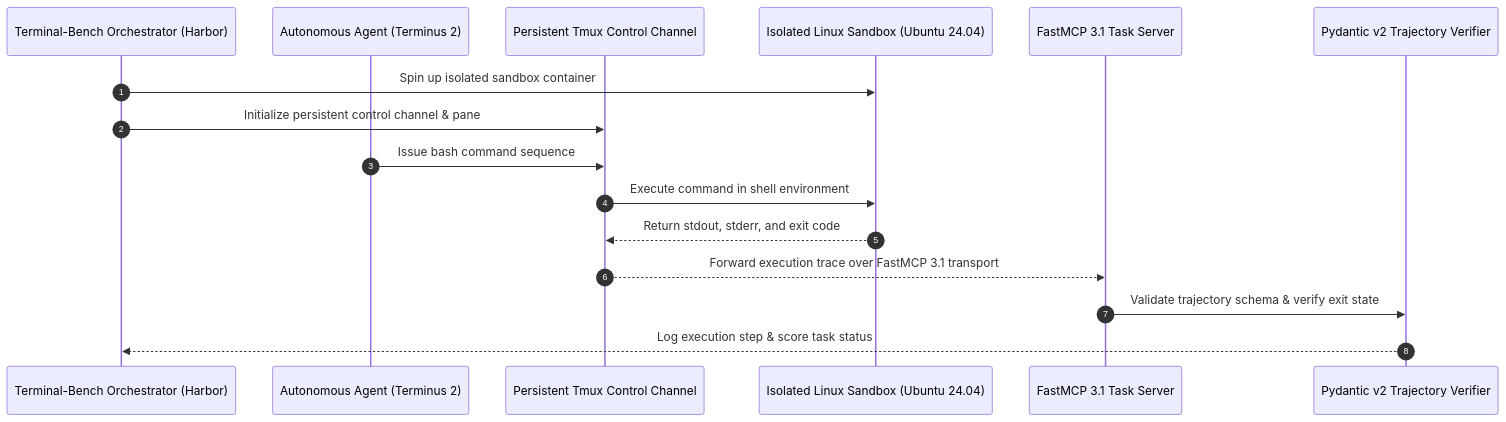
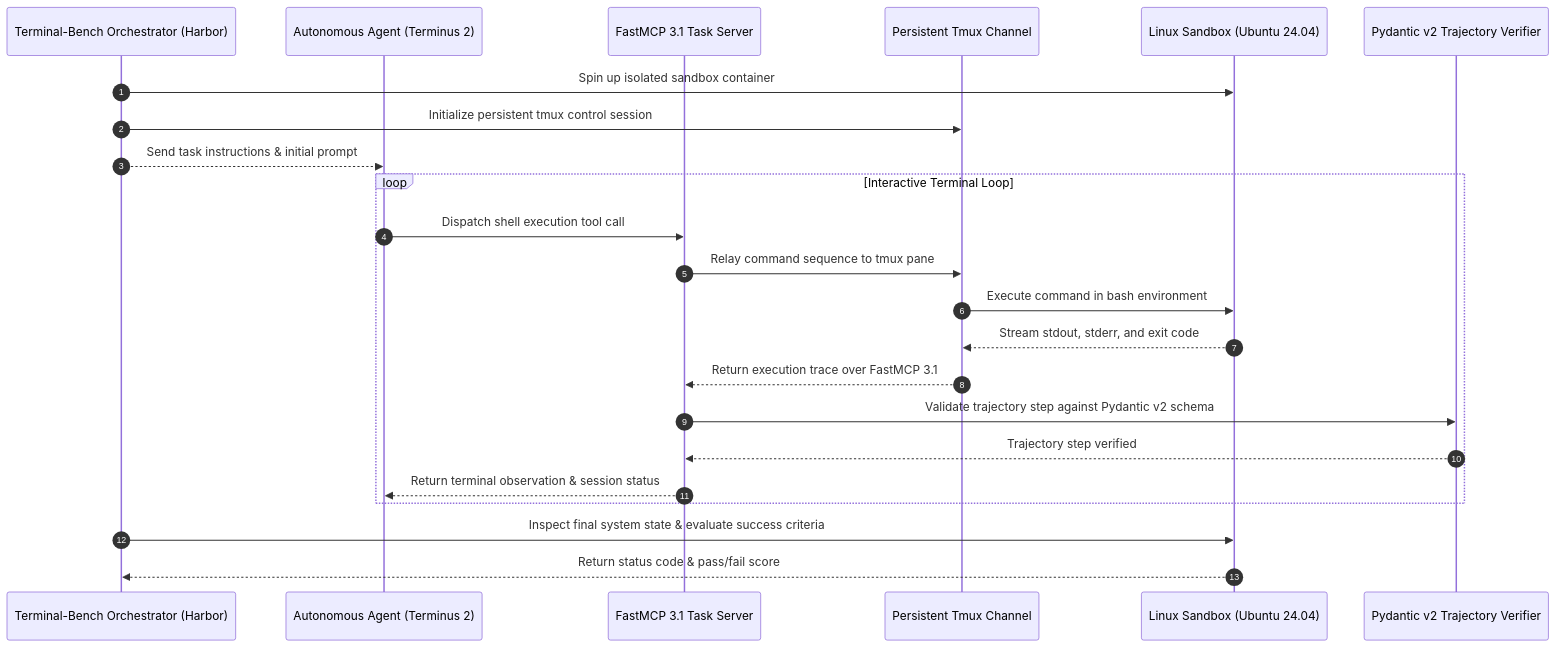
One commit to joanmarcriera/Home-office-automations changed the diagram in docs/tools/benchmarking/terminal-bench.md. Above: the diagram before and after it, drawn with Mermaid. The commit also changed other lines of this file and 5 other files, not shown here.

````diff
--- a/docs/tools/benchmarking/terminal-bench.md
+++ b/docs/tools/benchmarking/terminal-bench.md
@@ -10,19 +37,28 @@
 ```mermaid
 sequenceDiagram
     autonumber
     participant Harness as Terminal-Bench Orchestrator (Harbor)
     participant Agent as Autonomous Agent (Terminus 2)
-    participant Tmux as Persistent Tmux Control Channel
-    participant Container as Isolated Linux Sandbox (Ubuntu 24.04)
     participant FastMCP as FastMCP 3.1 Task Server
+    participant Tmux as Persistent Tmux Channel
+    participant Container as Linux Sandbox (Ubuntu 24.04)
     participant Guard as Pydantic v2 Trajectory Verifier
 
     Harness->>Container: Spin up isolated sandbox container
-    Harness->>Tmux: Initialize persistent control channel & pane
-    Agent->>Tmux: Issue bash command sequence
-    Tmux->>Container: Execute command in shell environment
-    Container-->>Tmux: Return stdout, stderr, and exit code
-    Tmux-->>FastMCP: Forward execution trace over FastMCP 3.1 transport
-    FastMCP->>Guard: Validate trajectory schema & verify exit state
-    Guard-->>Harness: Log execution step & score task status
+    Harness->>Tmux: Initialize persistent tmux control session
+    Harness-->>Agent: Send task instructions & initial prompt
+
+    loop Interactive Terminal Loop
+        Agent->>FastMCP: Dispatch shell execution tool call
+        FastMCP->>Tmux: Relay command sequence to tmux pane
+        Tmux->>Container: Execute command in bash environment
+        Container-->>Tmux: Stream stdout, stderr, and exit code
+        Tmux-->>FastMCP: Return execution trace over FastMCP 3.1
+        FastMCP->>Guard: Validate trajectory step against Pydantic v2 schema
+        Guard-->>FastMCP: Trajectory step verified
+        FastMCP-->>Agent: Return terminal observation & session status
+    end
+
+    Harness->>Container: Inspect final system state & evaluate success criteria
+    Container-->>Harness: Return status code & pass/fail score
 ```
````
